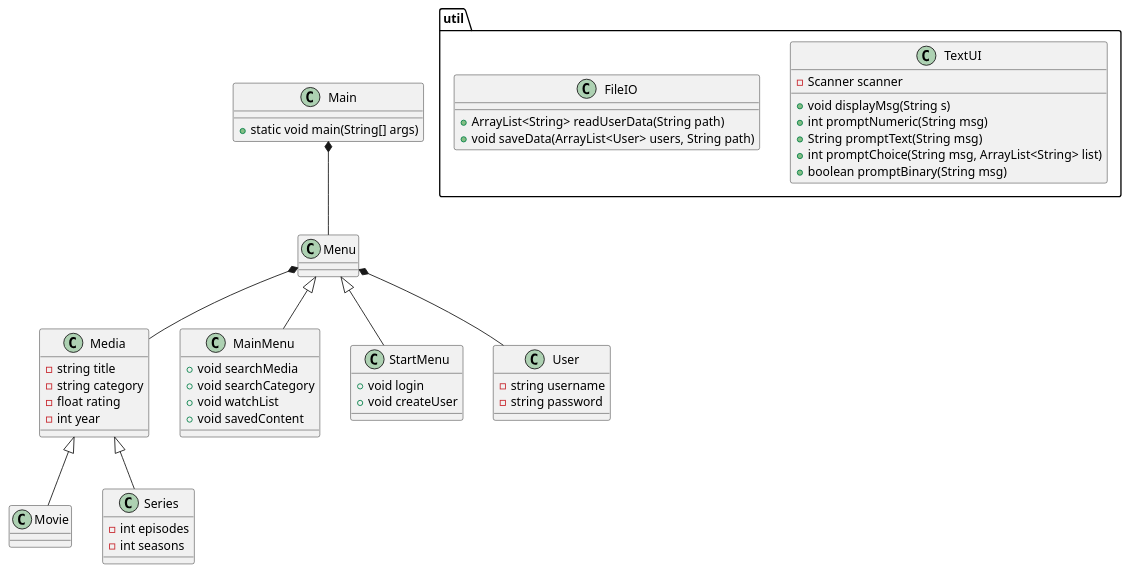
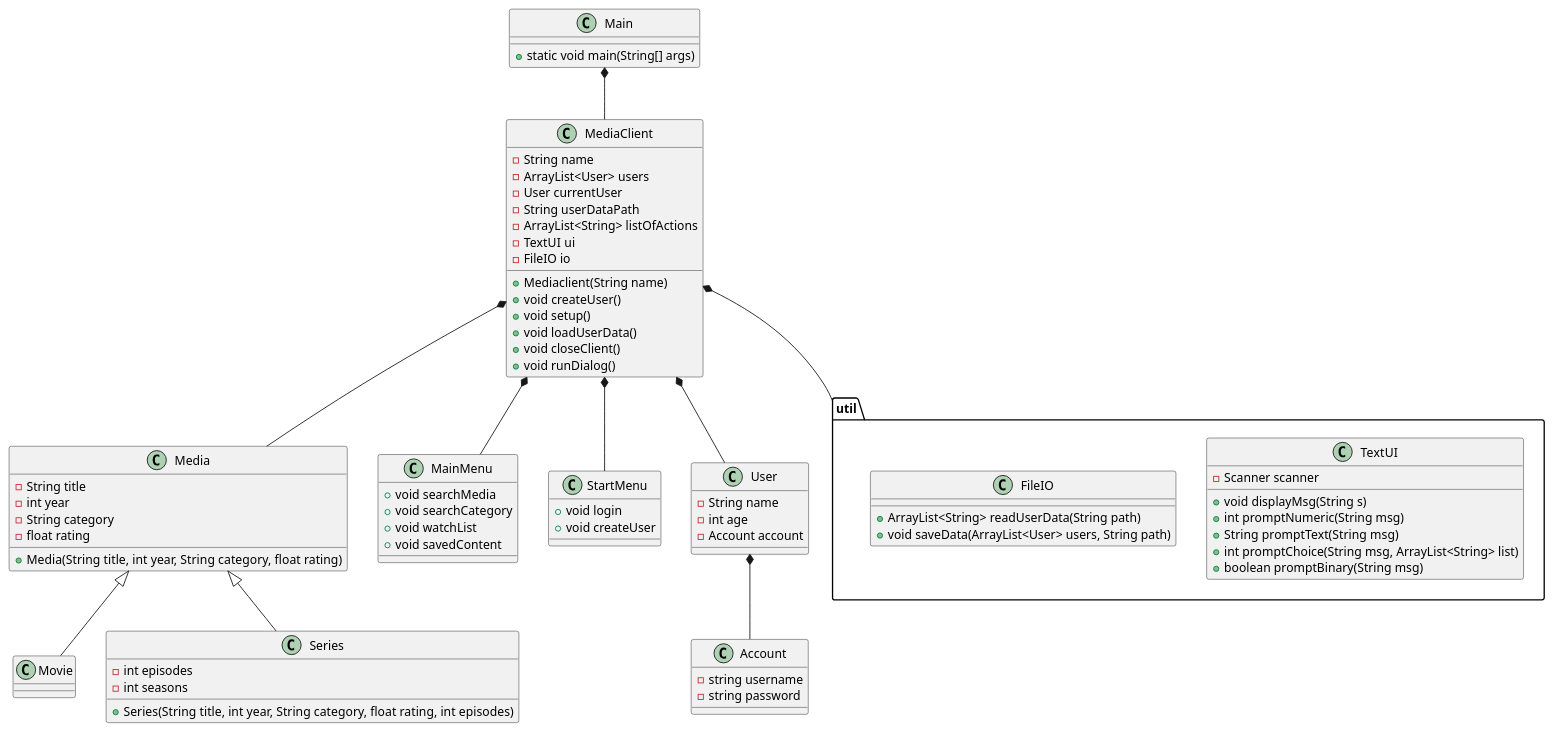
One commit to b-rino/SP3 changed the diagram in docs/classdiagram_v0.puml. Above: the diagram before and after it, drawn with PlantUML. The commit also changed 3 other files, not shown here.

```diff
--- a/docs/classdiagram_v0.puml
+++ b/docs/classdiagram_v0.puml
@@ -1,72 +1,97 @@
 @startuml
 class Main{
 + static void main(String[] args)
 }
 
 class Media{
-- string title
-- string category
+- String title
+- int year
+- String category
 - float rating
-- int year
++Media(String title, int year, String category, float rating)
+
 
 }
 
-class Menu{
+class MediaClient{
+-String name
+-ArrayList<User> users
+-User currentUser
+-String userDataPath
+-ArrayList<String> listOfActions
+-TextUI ui
+-FileIO io
++Mediaclient(String name)
++void createUser()
++void setup()
++void loadUserData()
++void closeClient()
++void runDialog()
+
 
 }
 
 class MainMenu {
     + void searchMedia
     + void searchCategory
     + void watchList
     + void savedContent
 }
 
 class StartMenu {
     + void login
     + void createUser
 
 }
 
 
 class Movie{
 }
 
 class Series{
 - int episodes
 - int seasons
++Series(String title, int year, String category, float rating, int episodes)
 }
 
 class User{
+-String name
+-int age
+-Account account
+}
+
+class Account{
 - string username
 - string password
 }
 
 package "util" {
 class TextUI{
 - Scanner scanner
 
 +void displayMsg(String s)
 +int promptNumeric(String msg)
 +String promptText(String msg)
 +int promptChoice(String msg, ArrayList<String> list)
 +boolean promptBinary(String msg)
 }
 class FileIO{
 +ArrayList<String> readUserData(String path)
 +void saveData(ArrayList<User> users, String path)
 }
 }
 
-Menu *-- Media
+MediaClient *-- Media
 Media<|--Series
 Media <|-- Movie
-Menu *-- User
-Main *-- Menu
-Menu <|-- MainMenu
-Menu <|-- StartMenu
+MediaClient *-- User
+Main *-- MediaClient
+MediaClient *-- MainMenu
+MediaClient *-- StartMenu
+MediaClient *-- "util"
+User *-- Account
 
 
 
 
 @enduml
```
